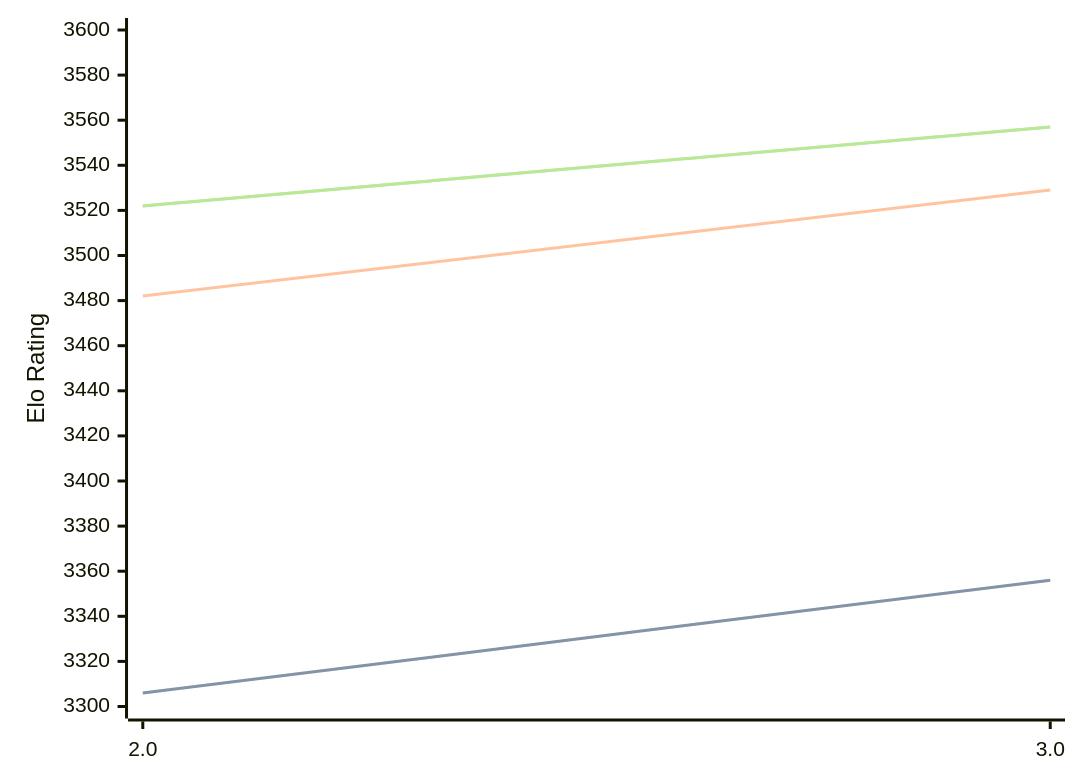
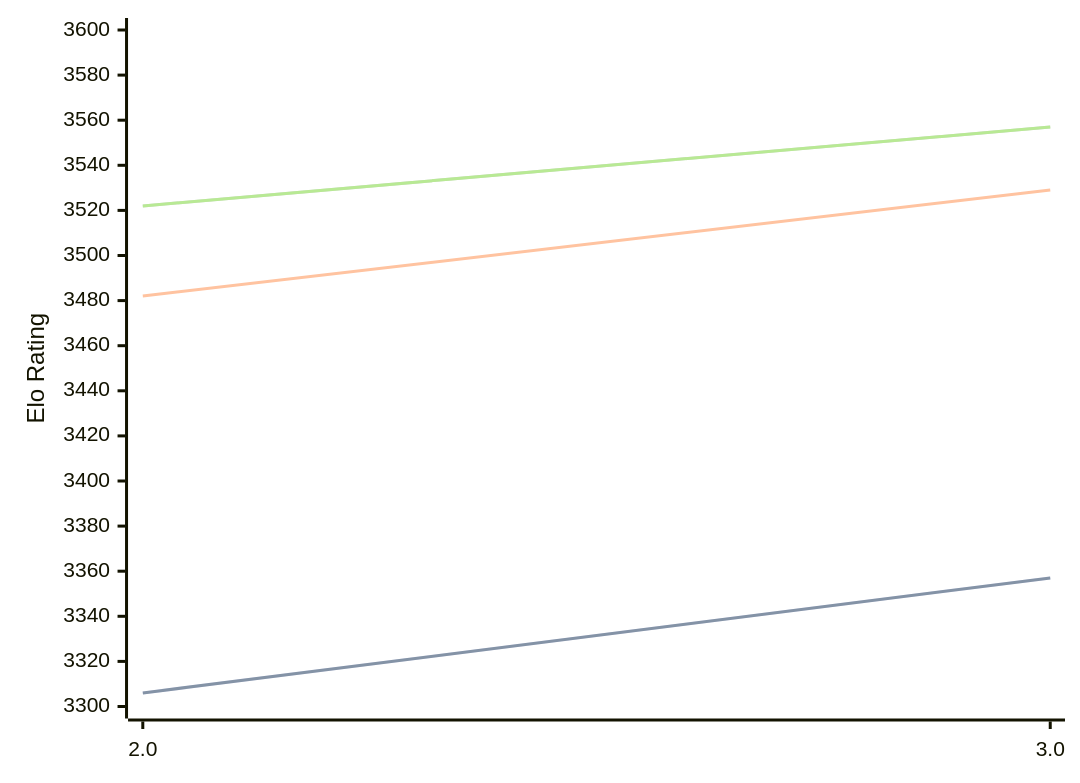
The diagram in engines/Quanticade.md (computer-chess-index/cci), drawn with Mermaid before and after one commit. The commit also changed other lines of this file, not shown here.

````diff
--- a/engines/Quanticade.md
+++ b/engines/Quanticade.md
@@ -32,11 +32,11 @@
 ```mermaid
 %%{init: {"theme":"base","themeVariables":{"seriesColors:['#a3a3a3','#222221','#faa371']}}}%%
 xychart-beta
   x-axis ["2.0", "3.0"]
   y-axis "Elo Rating" 3300 --> 3600
-  line "" [3306, 3356]
-  line "STC (8.0+0.08s)" [3306, 3356]
+  line "" [3306, 3357]
+  line "STC (8.0+0.08s)" [3306, 3357]
   line "LTC (60.0+0.60s)" [3482, 3529]
   line "" [3522, 3557]
   line "VLTC (2m24s+1.12s)" [3522, 3557]
 ```
````
